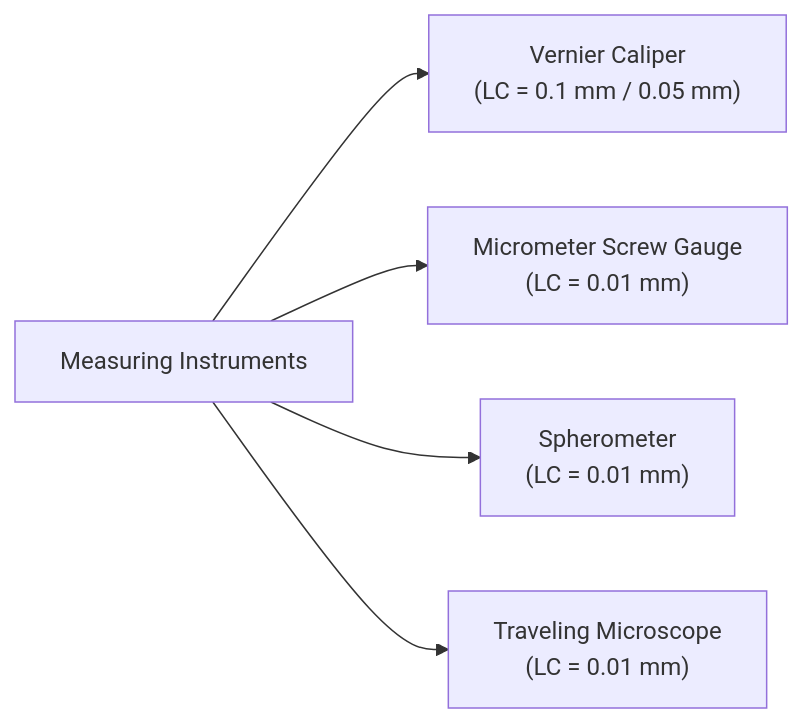
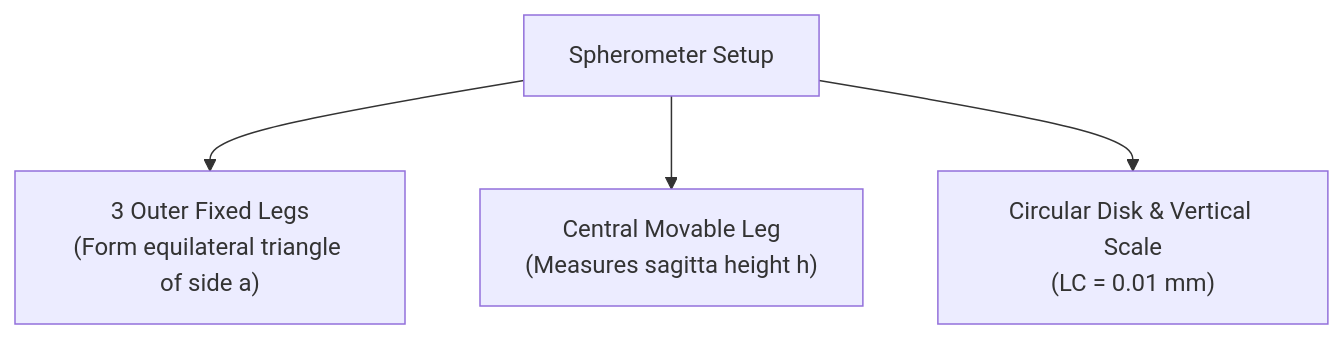
One commit to zenyyxz/Zen_dx-Notes changed the fourth of 6 diagrams in 02 - Physics/Lesson 01 - Measurements & Units.md. Above: the diagram before and after it, drawn with Mermaid. The commit also changed other lines of this file and 1 other file, not shown here.

````diff
--- a/02 - Physics/Lesson 01 - Measurements & Units.md
+++ b/02 - Physics/Lesson 01 - Measurements & Units.md
@@ -68,7 +390,6 @@
 ```mermaid
-graph LR
-    MI["Measuring Instruments"] --> VC["Vernier Caliper<br>(LC = 0.1 mm / 0.05 mm)"]
-    MI --> MSG["Micrometer Screw Gauge<br>(LC = 0.01 mm)"]
-    MI --> SP["Spherometer<br>(LC = 0.01 mm)"]
-    MI --> TM["Traveling Microscope<br>(LC = 0.01 mm)"]
+graph TD
+    S["Spherometer Setup"] --> L3["3 Outer Fixed Legs<br>(Form equilateral triangle of side a)"]
+    S --> CS["Central Movable Leg<br>(Measures sagitta height h)"]
+    S --> CD["Circular Disk & Vertical Scale<br>(LC = 0.01 mm)"]
 ```
````
